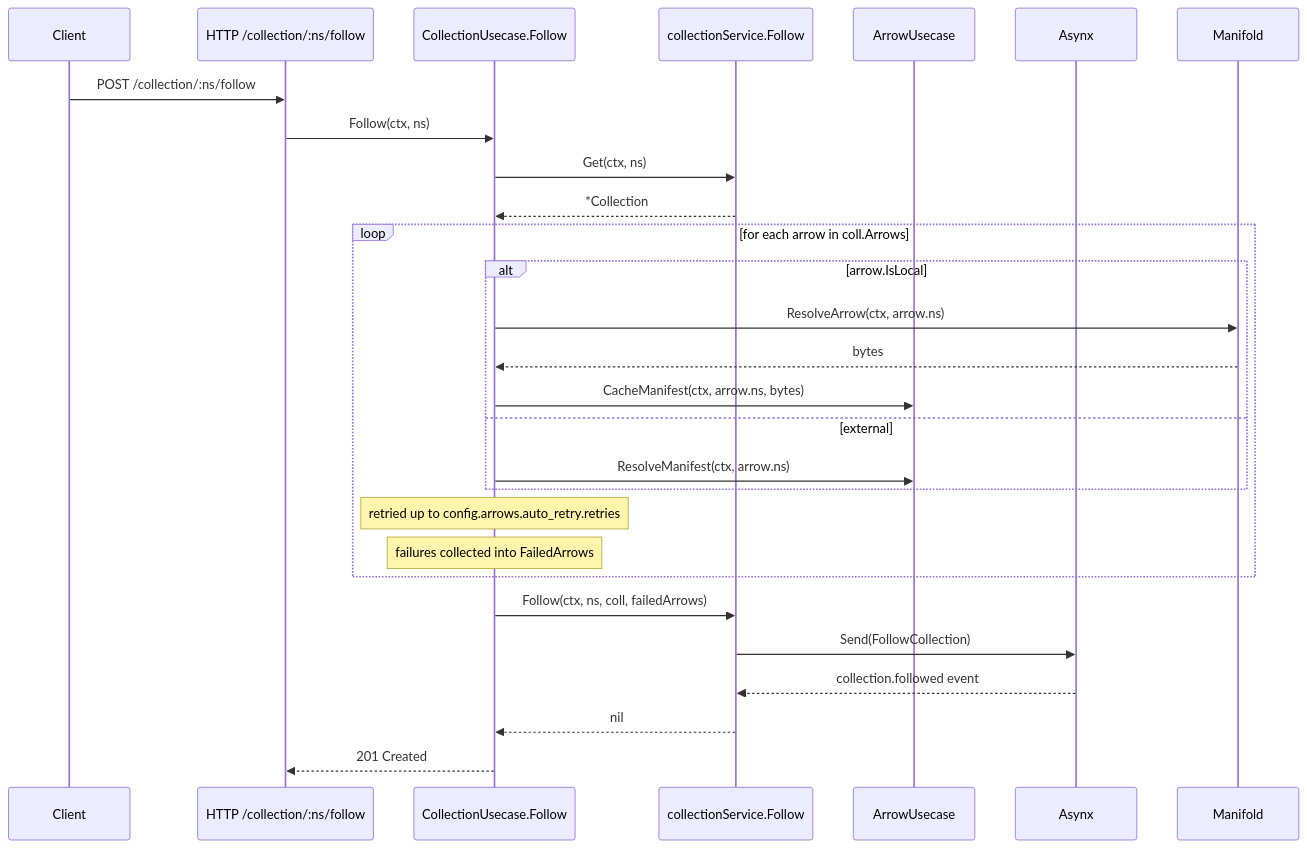
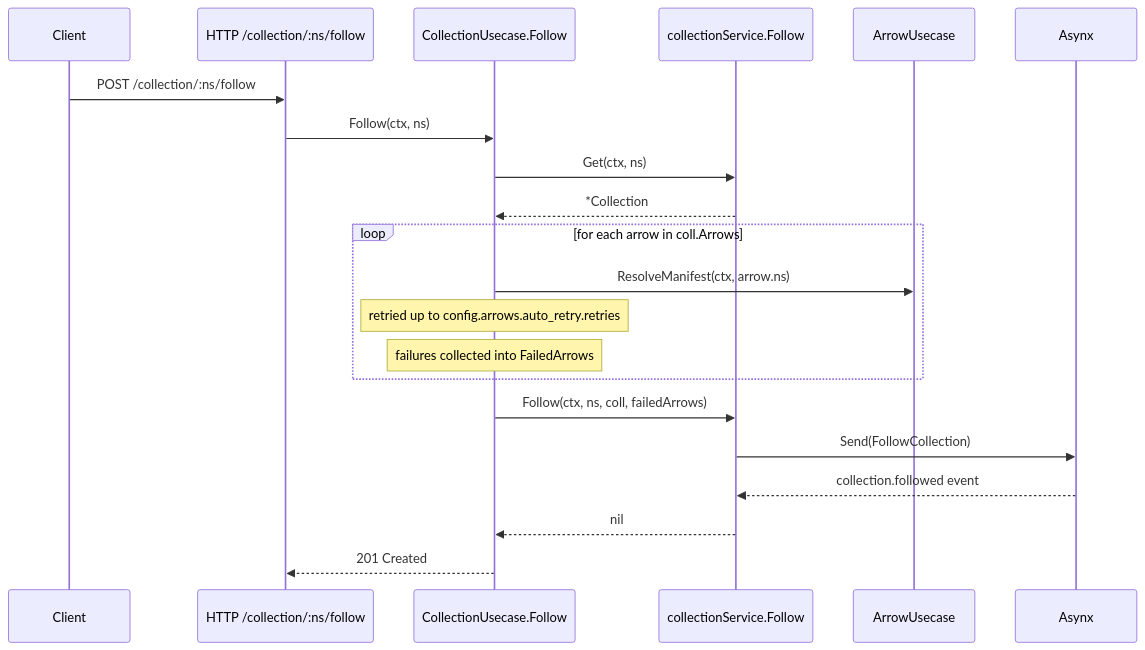
Before and after one commit to rabbytesoftware/quiver.core: the third of 3 diagrams in docs/spec/manifests/v0/collection.md, drawn with Mermaid. The commit also changed other lines of this file and 8 other files, not shown here.

First line of the commit message:
fix(collection): follow warms every member with ResolveManifest, nothing else

````diff
--- a/docs/spec/manifests/v0/collection.md
+++ b/docs/spec/manifests/v0/collection.md
@@ -255,31 +255,24 @@
 ```mermaid
 sequenceDiagram
     participant Client
     participant API as HTTP /collection/:ns/follow
     participant UC as CollectionUsecase.Follow
     participant Repo as collectionService.Follow
     participant Arrows as ArrowUsecase
     participant Asynx
-    participant Mfd as Manifold
 
     Client->>API: POST /collection/:ns/follow
     API->>UC: Follow(ctx, ns)
     UC->>Repo: Get(ctx, ns)
     Repo-->>UC: *Collection
     loop for each arrow in coll.Arrows
-        alt arrow.IsLocal
-            UC->>Mfd: ResolveArrow(ctx, arrow.ns)
-            Mfd-->>UC: bytes
-            UC->>Arrows: CacheManifest(ctx, arrow.ns, bytes)
-        else external
-            UC->>Arrows: ResolveManifest(ctx, arrow.ns)
-        end
+        UC->>Arrows: ResolveManifest(ctx, arrow.ns)
         Note over UC: retried up to config.arrows.auto_retry.retries
         Note over UC: failures collected into FailedArrows
     end
     UC->>Repo: Follow(ctx, ns, coll, failedArrows)
     Repo->>Asynx: Send(FollowCollection)
     Asynx-->>Repo: collection.followed event
     Repo-->>UC: nil
     UC-->>API: 201 Created
 ```
````
